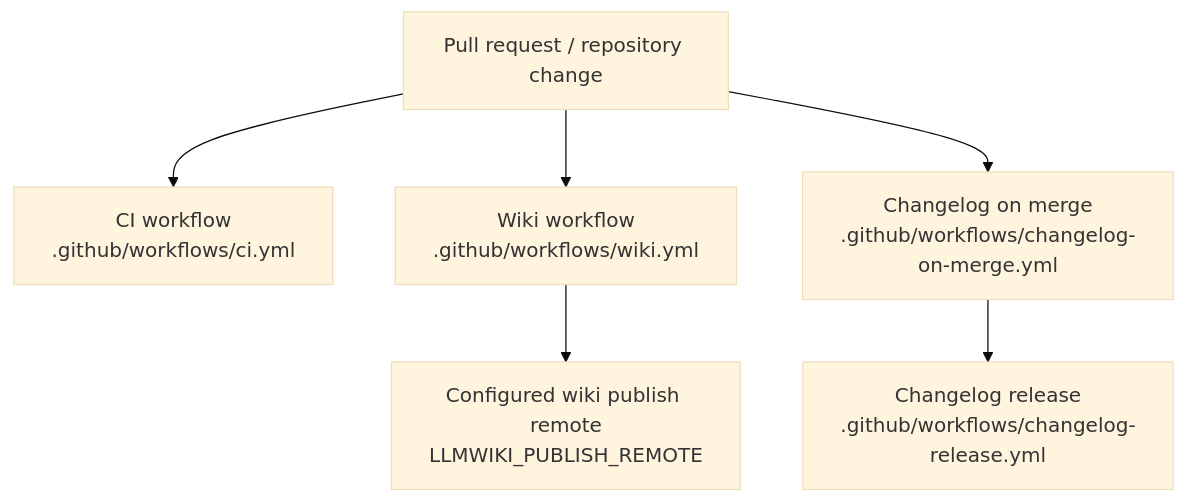
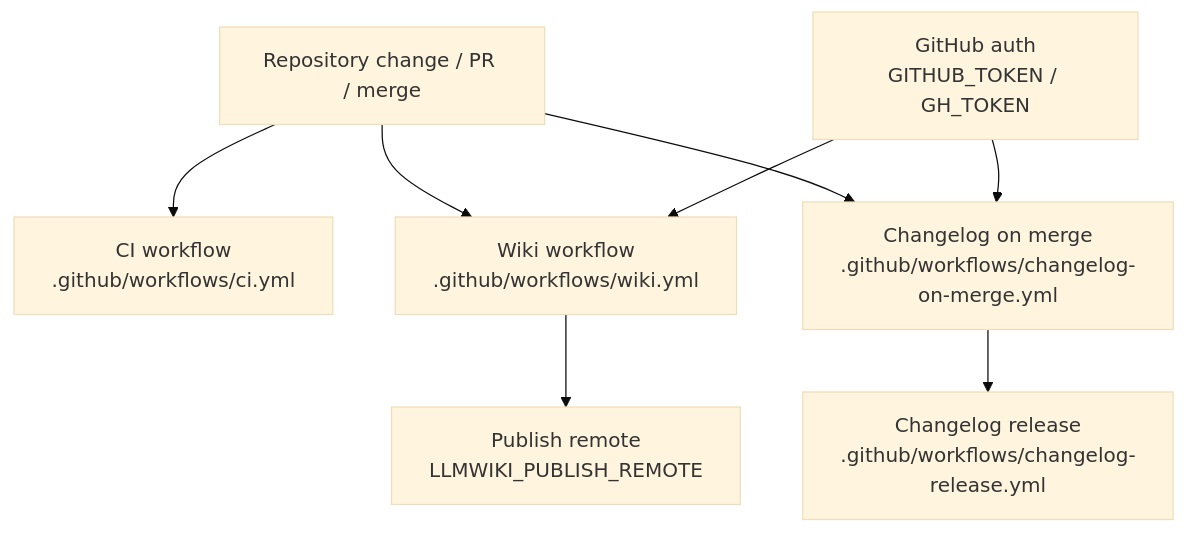
Before and after one commit to mfittko/repo-wiki: the fourth of 4 diagrams in Architecture.md, drawn with Mermaid (base theme). The commit also changed other lines of this file and 44 other files, not shown here.

Commit message:
Compile repository wiki 2026-05-16T12:01:51.049Z

````diff
--- a/Architecture.md
+++ b/Architecture.md
@@ -235,15 +272,18 @@
 ```mermaid
-flowchart TB
-  PR["Pull request / repository change"]
+flowchart TD
+  Change["Repository change / PR / merge"]
   CI["CI workflow<br/>.github/workflows/ci.yml"]
   Wiki["Wiki workflow<br/>.github/workflows/wiki.yml"]
   ChangelogMerge["Changelog on merge<br/>.github/workflows/changelog-on-merge.yml"]
-  Release["Changelog release<br/>.github/workflows/changelog-release.yml"]
-  PublishRemote["Configured wiki publish remote<br/>LLMWIKI_PUBLISH_REMOTE"]
+  ChangelogRelease["Changelog release<br/>.github/workflows/changelog-release.yml"]
+  WikiRemote["Publish remote<br/>LLMWIKI_PUBLISH_REMOTE"]
+  GitHubAuth["GitHub auth<br/>GITHUB_TOKEN / GH_TOKEN"]
 
-  PR --> CI
-  PR --> Wiki
-  PR --> ChangelogMerge
-  ChangelogMerge --> Release
-  Wiki --> PublishRemote
+  Change --> CI
+  Change --> Wiki
+  Change --> ChangelogMerge
+  ChangelogMerge --> ChangelogRelease
+  GitHubAuth --> Wiki
+  GitHubAuth --> ChangelogMerge
+  Wiki --> WikiRemote
 ```
````
